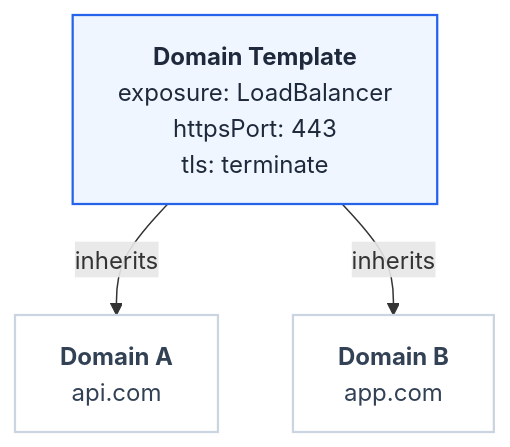
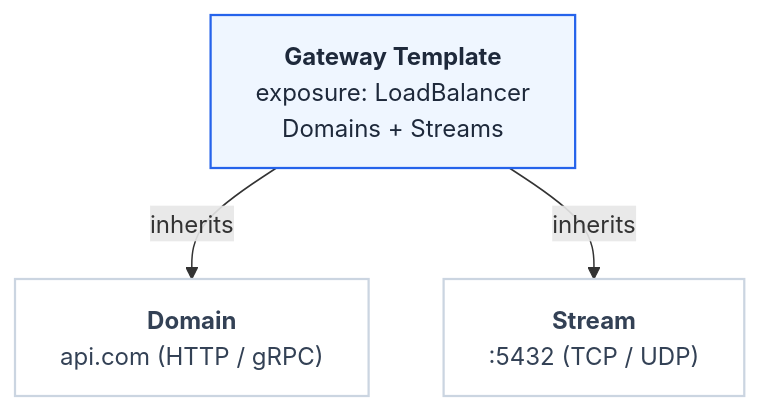
One commit to fastgateway-dev/fastgateway.dev changed the diagram in docs/concepts/domain-templates.md. Above: the diagram before and after it, drawn with Mermaid. The commit also changed other lines of this file and 9 other files, not shown here.

First line of the commit message:
docs: document TCP/UDP (L4 streams) routing and Gateway Templates

````diff
--- a/docs/concepts/domain-templates.md
+++ b/docs/concepts/domain-templates.md
@@ -27,11 +40,11 @@
 ```mermaid
 flowchart TD
-    T["<b>Domain Template</b><br/>exposure: LoadBalancer<br/>httpsPort: 443<br/>tls: terminate"]
-    T -->|inherits| A["<b>Domain A</b><br/>api.com"]
-    T -->|inherits| B["<b>Domain B</b><br/>app.com"]
+    T["<b>Gateway Template</b><br/>exposure: LoadBalancer<br/>Domains + Streams"]
+    T -->|inherits| A["<b>Domain</b><br/>api.com (HTTP / gRPC)"]
+    T -->|inherits| S["<b>Stream</b><br/>:5432 (TCP / UDP)"]
 
     classDef template fill:#eff6ff,stroke:#2563eb,stroke-width:1.5px,color:#1e293b;
     classDef domain fill:#ffffff,stroke:#cbd5e1,stroke-width:1.5px,color:#334155;
     class T template;
-    class A,B domain;
+    class A,S domain;
 ```
````
